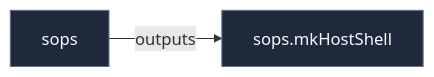
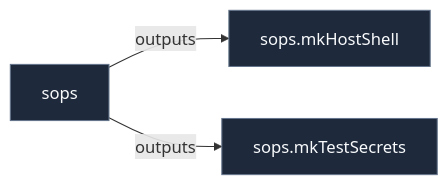
Before and after one commit to LW-54/nixconf: the diagram in docs/lib/sops.md, drawn with Mermaid. The commit also changed other lines of this file and 73 other files, not shown here.

````diff
--- a/docs/lib/sops.md
+++ b/docs/lib/sops.md
@@ -13,23 +13,26 @@
 ```mermaid
 flowchart LR
   urn__nixconf__ast__function__sops_mkHostShell["sops.mkHostShell"]:::defaultNode
+    urn__nixconf__ast__function__sops_mkTestSecrets["sops.mkTestSecrets"]:::defaultNode
     urn__nixconf__onto__lib__sops["sops"]:::defaultNode
 
     urn__nixconf__onto__lib__sops -->|outputs| urn__nixconf__ast__function__sops_mkHostShell
+    urn__nixconf__onto__lib__sops -->|outputs| urn__nixconf__ast__function__sops_mkTestSecrets
 
 
     click urn__nixconf__ast__function__sops_mkHostShell href "sops.md" "sops.mkHostShell"
+    click urn__nixconf__ast__function__sops_mkTestSecrets href "sops.md" "sops.mkTestSecrets"
     click urn__nixconf__onto__lib__sops href "sops.md" "sops"
 
   %% Semantic Visual Classes
   classDef hostNode fill:#1e293b,stroke:#38bdf8,stroke-width:2px,color:#f8fafc;
   classDef contractNode fill:#1e1b4b,stroke:#818cf8,stroke-width:2px,color:#f8fafc;
   classDef implNode fill:#0f172a,stroke:#34d399,stroke-width:2px,color:#f8fafc;
   classDef featureNode fill:#134e4a,stroke:#2dd4bf,stroke-width:2px,color:#f8fafc;
   classDef optNode fill:#422006,stroke:#facc15,stroke-width:1px,color:#fefce8;
   classDef typeNode fill:#3b0764,stroke:#c084fc,stroke-width:1px,color:#faf5ff;
   classDef pkgNode fill:#4c0519,stroke:#fb7185,stroke-width:1px,color:#fff1f2;
   classDef devShellNode fill:#451a03,stroke:#fb923c,stroke-width:1px,color:#fff7ed;
   classDef drvNode fill:#18181b,stroke:#a1a1aa,stroke-width:1px,color:#f4f4f5;
   classDef defaultNode fill:#1e293b,stroke:#64748b,stroke-width:1px,color:#f8fafc;
 ```
````
